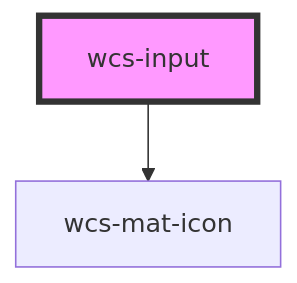
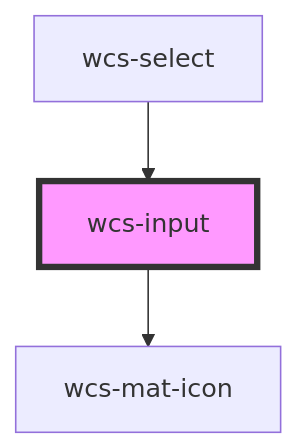
One commit to SNCFdevelopers/wcs changed the diagram in src/components/input/readme.md. Above: the diagram before and after it, drawn with Mermaid. The commit also changed other lines of this file and 21 other files, not shown here.

````diff
--- a/src/components/input/readme.md
+++ b/src/components/input/readme.md
@@ -107,5 +111,6 @@
 ```mermaid
 graph TD;
   wcs-input --> wcs-mat-icon
+  wcs-select --> wcs-input
   style wcs-input fill:#f9f,stroke:#333,stroke-width:4px
 ```
````
